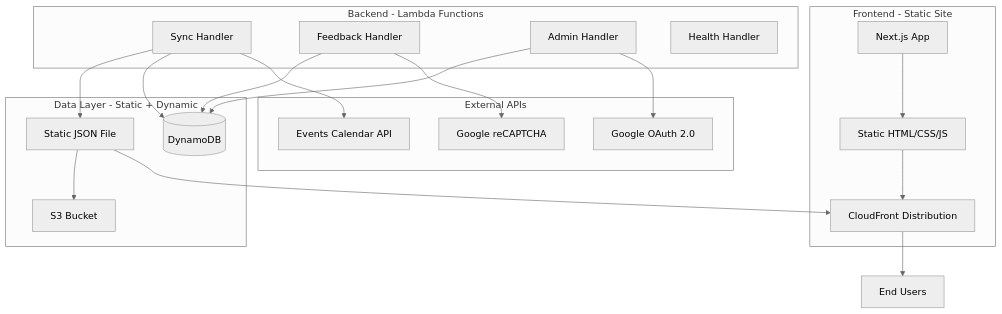
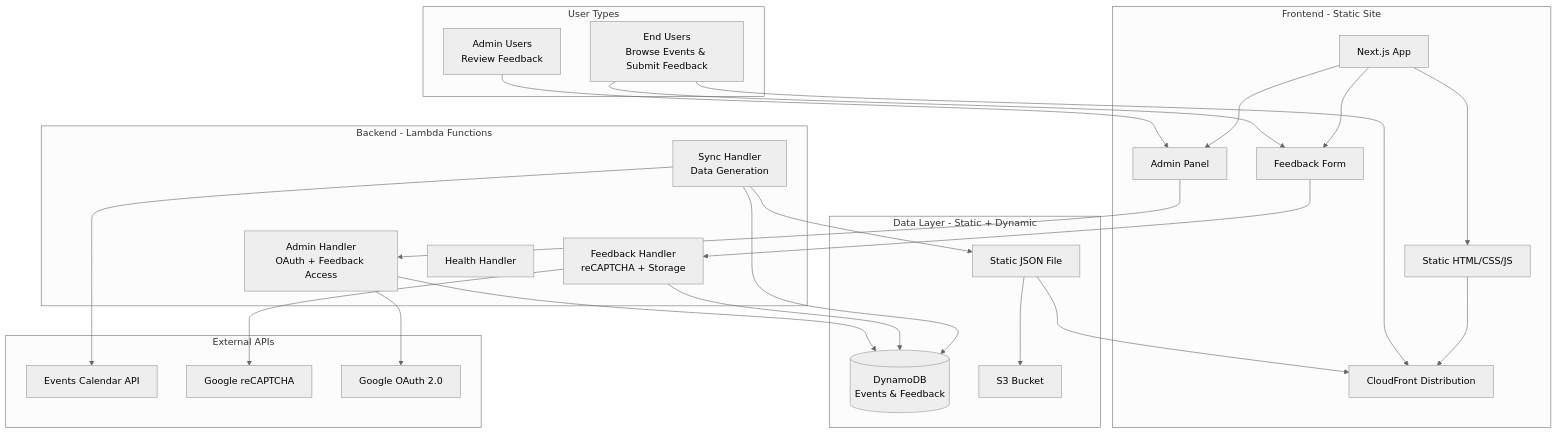
Before and after one commit to bbernstein/chq-calendar: the first of 3 diagrams in docs/DESIGN.md, drawn with Mermaid (neutral theme).

Commit message:
Improve High-Level Architecture diagram to show user interactions
Enhanced the architecture diagram to clearly illustrate:

- End Users: Browse events via CloudFront + Submit feedback via Feedback Form
- Admin Users: Review feedback via Admin Panel with OAuth authentication
- Clear separation of user types and their respective flows
- Feedback submission flow: Form → reCAPTCHA → Storage
- Admin access flow: Panel → OAuth → Feedback retrieval

The diagram now better represents the complete user experience and system interactions.

🤖 Generated with [Claude Code](https://claude.ai/code)

````diff
--- a/docs/DESIGN.md
+++ b/docs/DESIGN.md
@@ -26,37 +26,54 @@
 ```mermaid
 graph TB
+    subgraph Users[User Types]
+        EndUsers[End Users<br/>Browse Events & Submit Feedback]
+        AdminUsers[Admin Users<br/>Review Feedback]
+    end
+    
     subgraph Frontend[Frontend - Static Site]
         NextJS[Next.js App] --> StaticFiles[Static HTML/CSS/JS]
         StaticFiles --> CloudFront[CloudFront Distribution]
+        NextJS --> FeedbackForm[Feedback Form]
+        NextJS --> AdminPanel[Admin Panel]
     end
     
     subgraph DataLayer[Data Layer - Static + Dynamic]
         StaticJSON[Static JSON File] --> CloudFront
-        DynamoDB[(DynamoDB)]
+        DynamoDB[(DynamoDB<br/>Events & Feedback)]
         S3[S3 Bucket]
         StaticJSON --> S3
     end
     
     subgraph Backend[Backend - Lambda Functions]
-        SyncLambda[Sync Handler]
-        FeedbackLambda[Feedback Handler] 
-        AdminLambda[Admin Handler]
+        SyncLambda[Sync Handler<br/>Data Generation]
+        FeedbackLambda[Feedback Handler<br/>reCAPTCHA + Storage] 
+        AdminLambda[Admin Handler<br/>OAuth + Feedback Access]
         HealthLambda[Health Handler]
     end
     
     subgraph External[External APIs]
         EventsAPI[Events Calendar API]
         reCAPTCHA[Google reCAPTCHA]
         OAuth[Google OAuth 2.0]
     end
     
+    %% Data flow
     SyncLambda --> EventsAPI
     SyncLambda --> DynamoDB
     SyncLambda --> StaticJSON
+    
+    %% User interactions
+    EndUsers --> CloudFront
+    EndUsers --> FeedbackForm
+    AdminUsers --> AdminPanel
+    
+    %% Feedback flow
+    FeedbackForm --> FeedbackLambda
     FeedbackLambda --> reCAPTCHA
     FeedbackLambda --> DynamoDB
+    
+    %% Admin flow
+    AdminPanel --> AdminLambda
     AdminLambda --> OAuth
     AdminLambda --> DynamoDB
-    
-    CloudFront --> Users[End Users]
 ```
````
